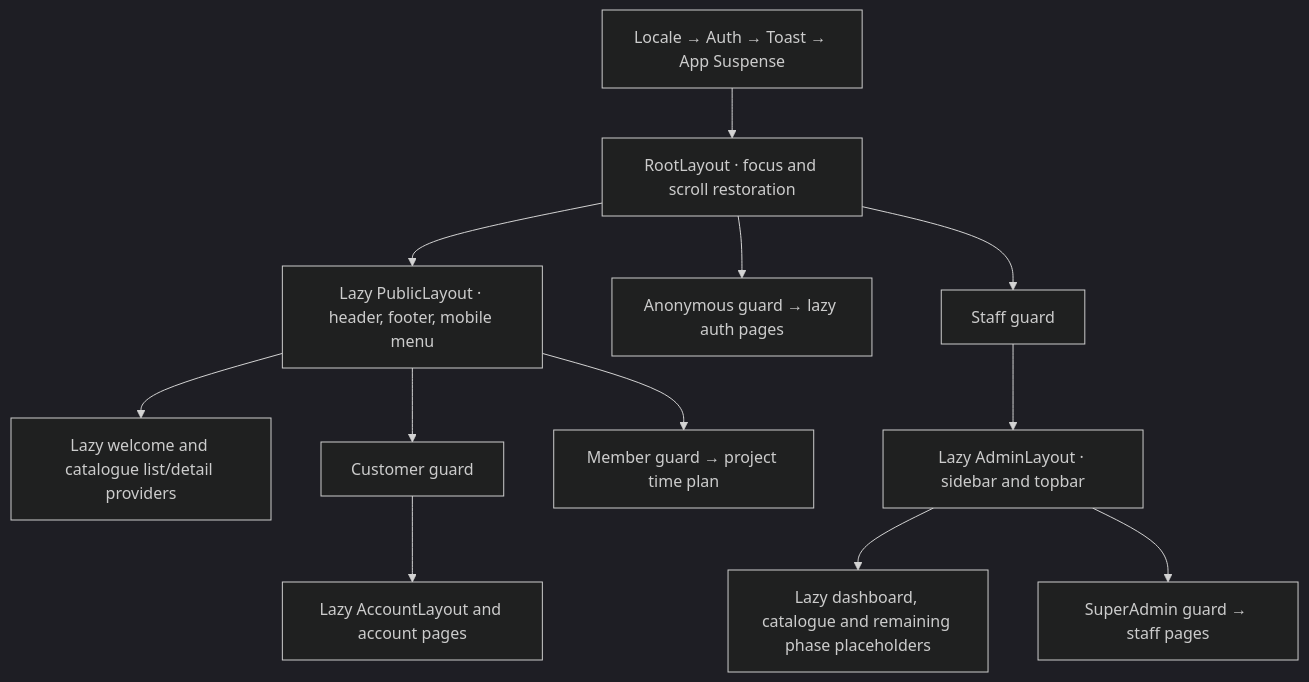
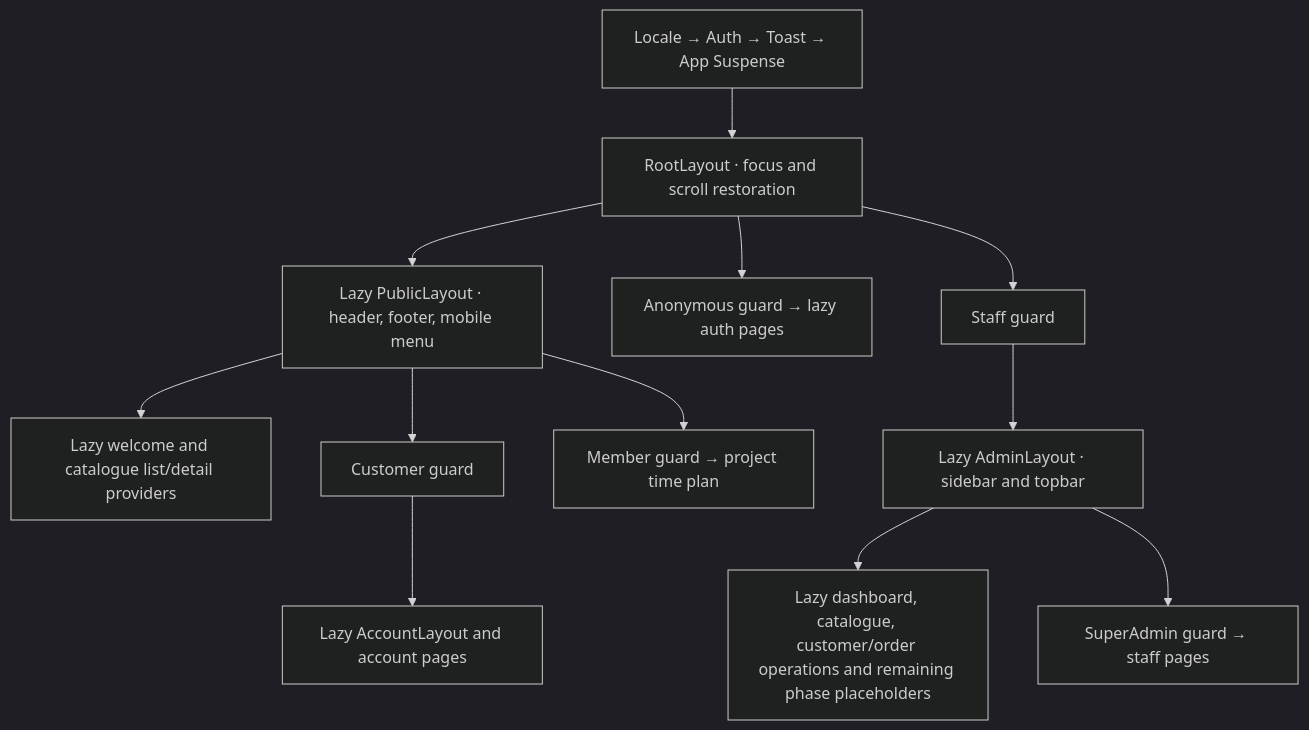
The diagram in docs/routing-access.md (mazen-khattab/Brouj_front-end), drawn with Mermaid (dark theme) before and after one commit. The commit also changed 71 other files, not shown here.

Commit message:
feat(admin): implement Part 09 admin customer, reservation, and order operations

````diff
--- a/docs/routing-access.md
+++ b/docs/routing-access.md
@@ -73,14 +73,14 @@
 ```mermaid
 flowchart TD
     Foundations[Locale → Auth → Toast → App Suspense] --> Root[RootLayout · focus and scroll restoration]
     Root --> Public[Lazy PublicLayout · header, footer, mobile menu]
     Public --> PublicPages[Lazy welcome and catalogue list/detail providers]
     Public --> CustomerGuard[Customer guard]
     CustomerGuard --> Account[Lazy AccountLayout and account pages]
     Public --> MemberGuard[Member guard → project time plan]
     Root --> AnonymousGuard[Anonymous guard → lazy auth pages]
     Root --> StaffGuard[Staff guard]
     StaffGuard --> Admin[Lazy AdminLayout · sidebar and topbar]
-    Admin --> AdminPages[Lazy dashboard, catalogue and remaining phase placeholders]
+    Admin --> AdminPages[Lazy dashboard, catalogue, customer/order operations and remaining phase placeholders]
     Admin --> SuperGuard[SuperAdmin guard → staff pages]
 ```
````
